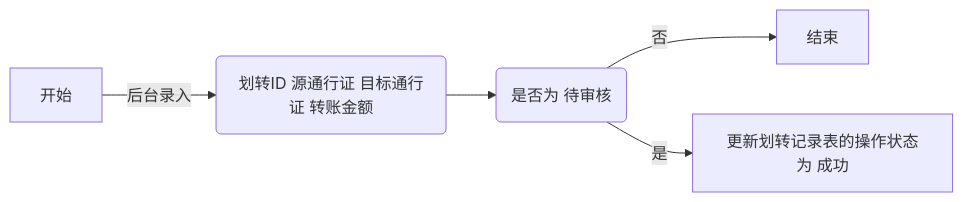
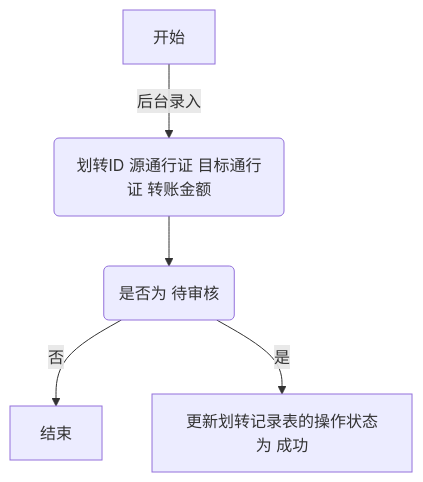
The diagram in README.md (ma-luyang/shimobang), drawn with Mermaid before and after one commit.

````diff
--- a/README.md
+++ b/README.md
@@ -3,7 +3,7 @@
 ```mermaid
-flowchart LR
+flowchart TD
     A[开始] -->|后台录入| B(划转ID 源通行证 目标通行证 转账金额)
     B --> C(是否为 待审核);
     C -->|否|E[结束];
     C -->|是|D[更新划转记录表的操作状态为 成功];
 ```
````
